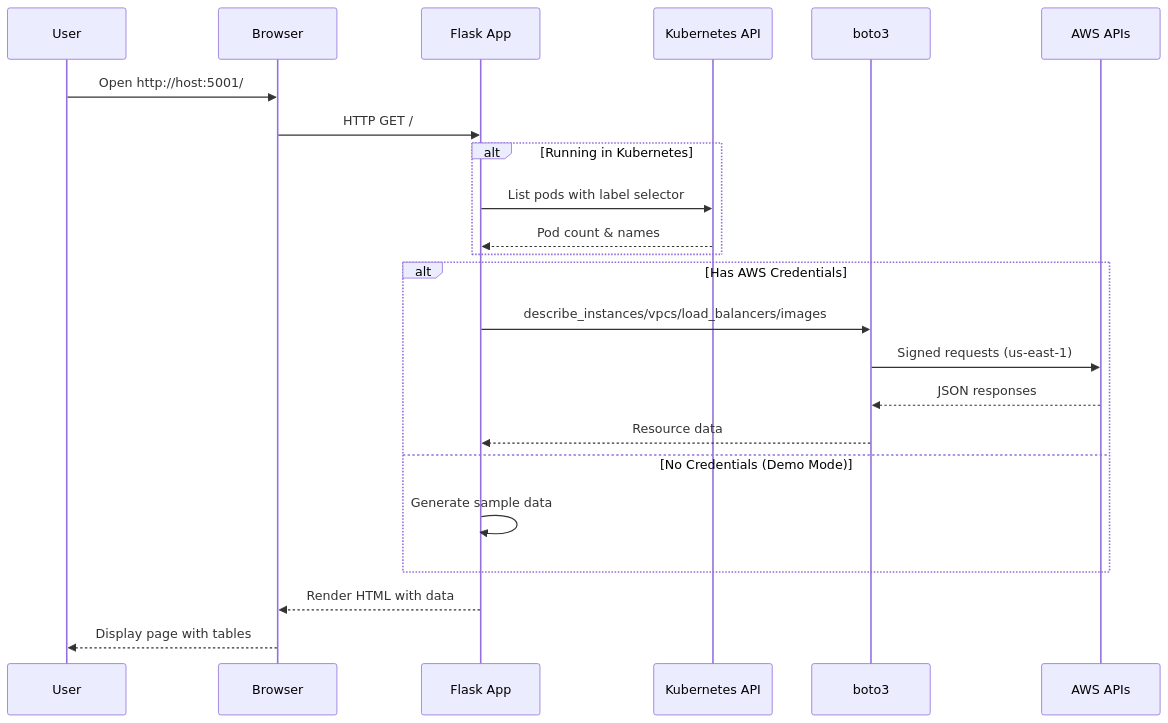
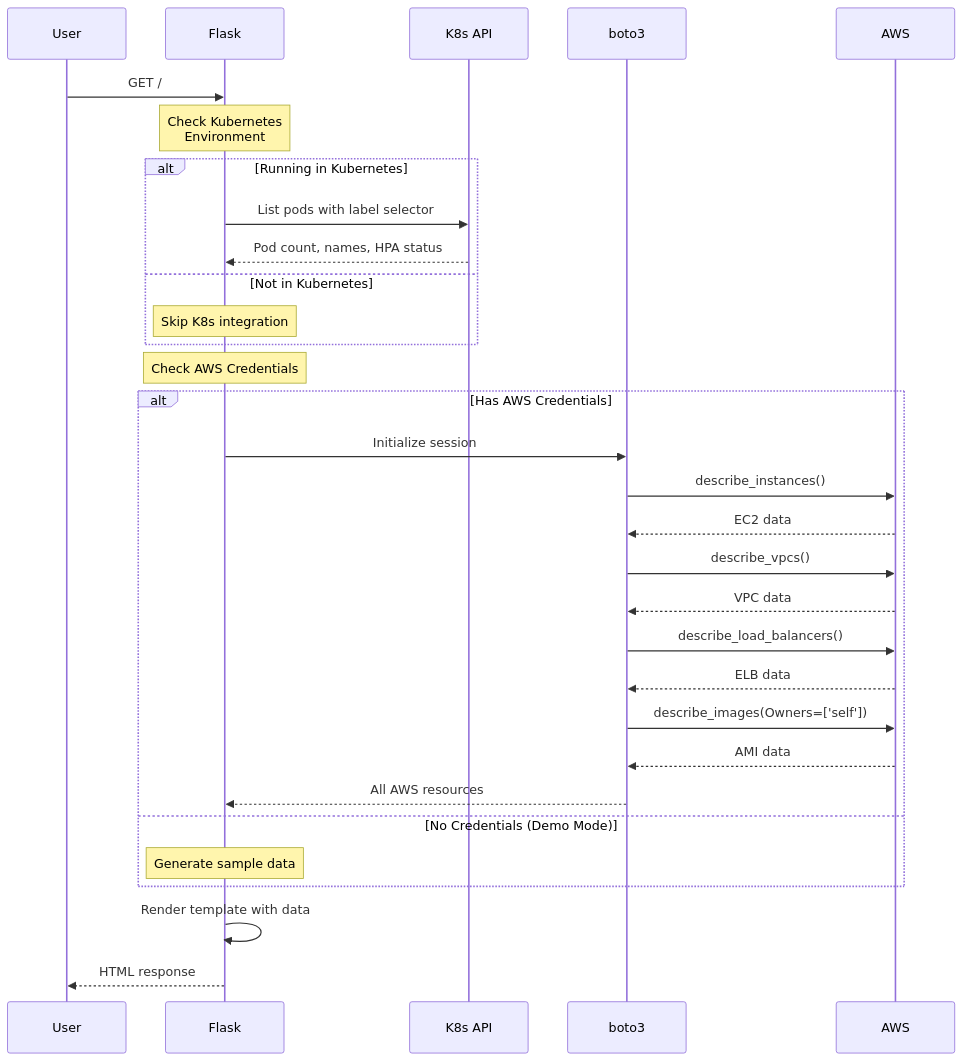
Before and after one commit to githuber20202/JB-PROJECT: the second of 6 diagrams in Readme.md, drawn with Mermaid. The commit also changed other lines of this file, not shown here.

````diff
--- a/Readme.md
+++ b/Readme.md
@@ -505,29 +142,39 @@
 ```mermaid
 sequenceDiagram
-    participant U as User
-    participant B as Browser
-    participant F as Flask App
-    participant K as Kubernetes API
-    participant B3 as boto3
-    participant AWS as AWS APIs
+    participant User
+    participant Flask
+    participant K8s API
+    participant boto3
+    participant AWS
 
-    U->>B: Open http://host:5001/
-    B->>F: HTTP GET /
+    User->>Flask: GET /
+    
+    Note over Flask: Check Kubernetes<br/>Environment
     
     alt Running in Kubernetes
-        F->>K: List pods with label selector
-        K-->>F: Pod count & names
+        Flask->>K8s API: List pods with label selector
+        K8s API-->>Flask: Pod count, names, HPA status
+    else Not in Kubernetes
+        Note over Flask: Skip K8s integration
     end
     
+    Note over Flask: Check AWS Credentials
+    
     alt Has AWS Credentials
-        F->>B3: describe_instances/vpcs/load_balancers/images
-        B3->>AWS: Signed requests (us-east-1)
-        AWS-->>B3: JSON responses
-        B3-->>F: Resource data
+        Flask->>boto3: Initialize session
+        boto3->>AWS: describe_instances()
+        AWS-->>boto3: EC2 data
+        boto3->>AWS: describe_vpcs()
+        AWS-->>boto3: VPC data
+        boto3->>AWS: describe_load_balancers()
+        AWS-->>boto3: ELB data
+        boto3->>AWS: describe_images(Owners=['self'])
+        AWS-->>boto3: AMI data
+        boto3-->>Flask: All AWS resources
     else No Credentials (Demo Mode)
-        F->>F: Generate sample data
+        Note over Flask: Generate sample data
     end
     
-    F-->>B: Render HTML with data
-    B-->>U: Display page with tables
+    Flask->>Flask: Render template with data
+    Flask-->>User: HTML response
 ```
````
